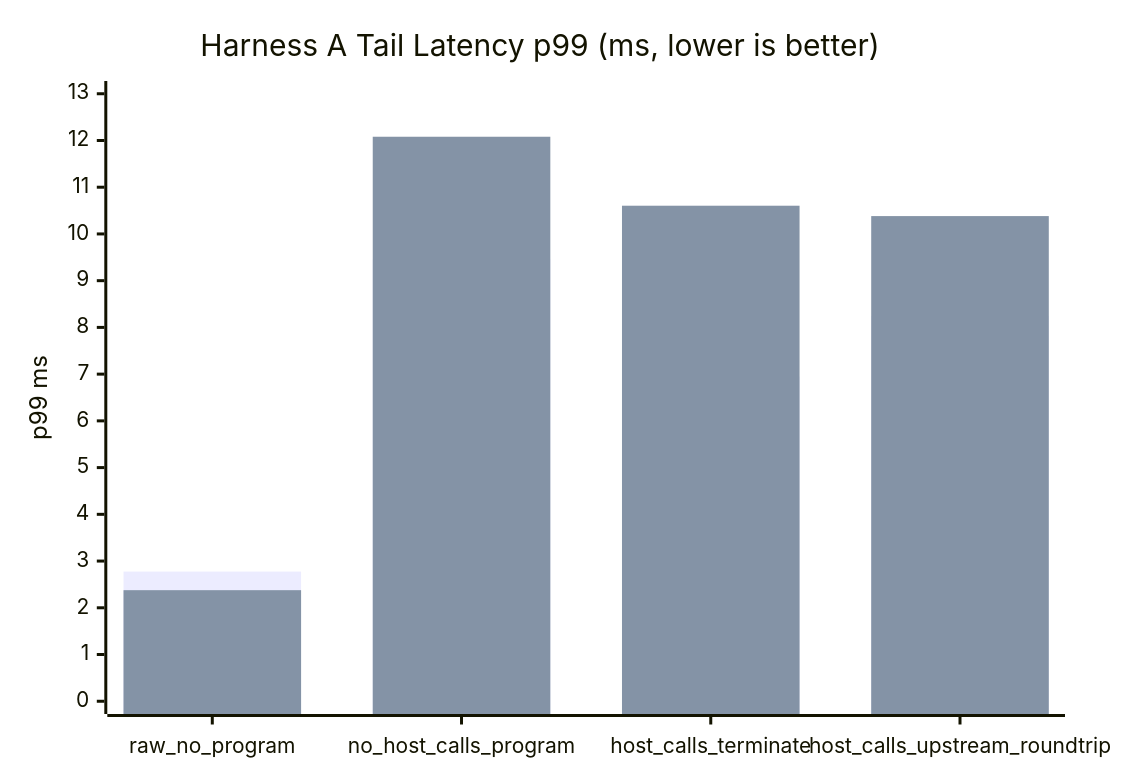
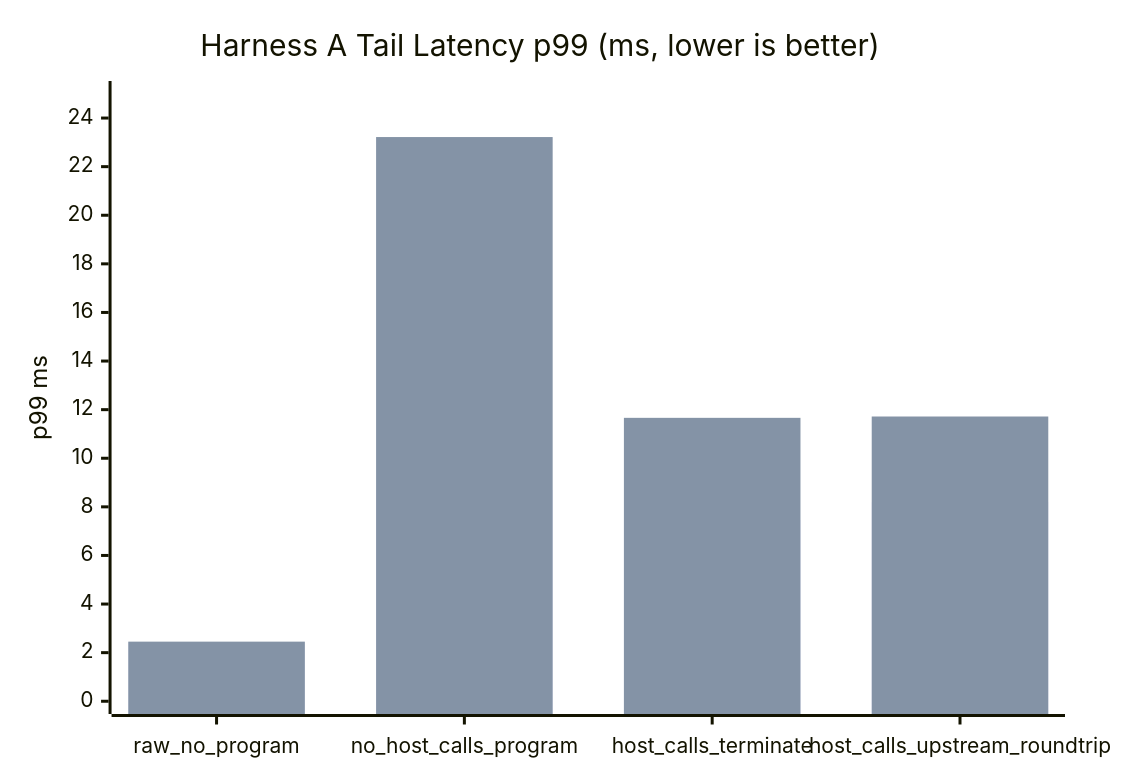
Before and after one commit to rustscript-lang/rustscript: the second of 6 diagrams in pd-edge/docs/HTTP_PROXY_PERF_REPORT_2026-03-13.md, drawn with Mermaid. The commit also changed other lines of this file and 1 other file, not shown here.

````diff
--- a/pd-edge/docs/HTTP_PROXY_PERF_REPORT_2026-03-13.md
+++ b/pd-edge/docs/HTTP_PROXY_PERF_REPORT_2026-03-13.md
@@ -39,8 +41,8 @@
 ```mermaid
 xychart-beta
     title "Harness A Tail Latency p99 (ms, lower is better)"
     x-axis ["raw_no_program", "no_host_calls_program", "host_calls_terminate", "host_calls_upstream_roundtrip"]
-    y-axis "p99 ms" 0 --> 13
-    bar "async" [2.775, 9.457, 6.948, 8.247]
-    bar "threading" [2.377, 12.080, 10.604, 10.382]
+    y-axis "p99 ms" 0 --> 25
+    bar "async" [2.419, 8.688, 7.460, 8.195]
+    bar "threading" [2.453, 23.218, 11.663, 11.718]
 ```
````
